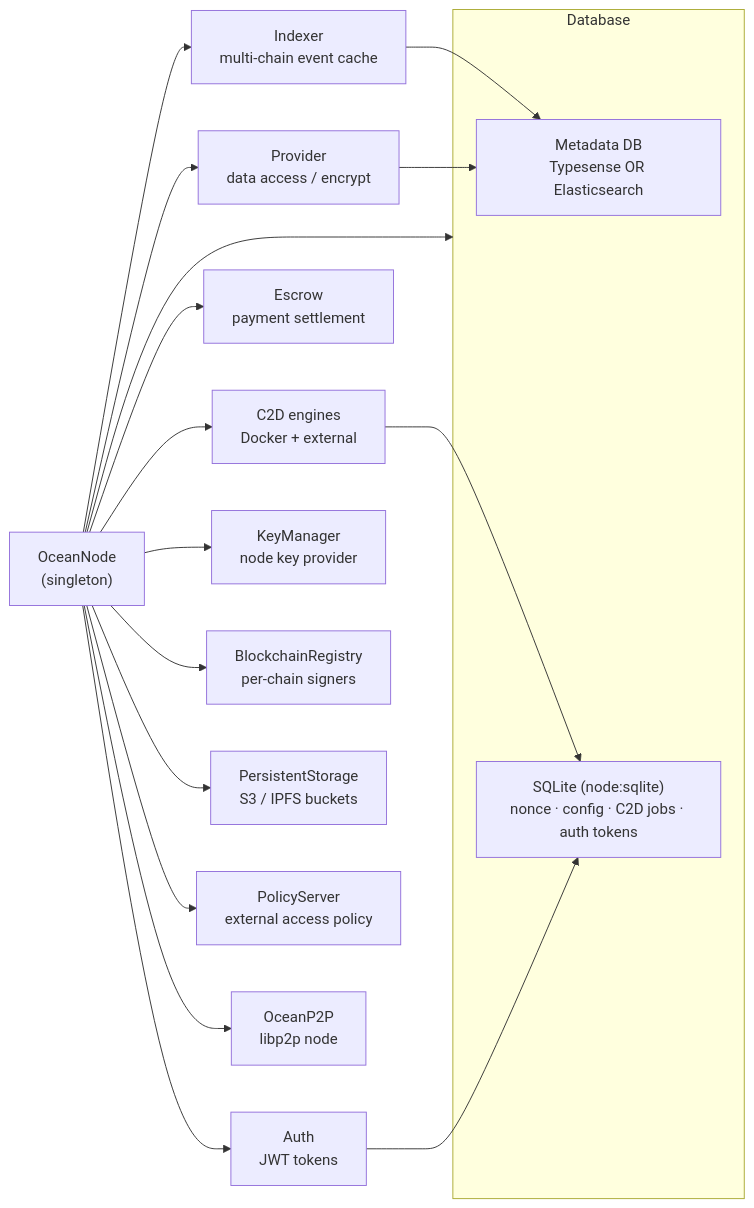
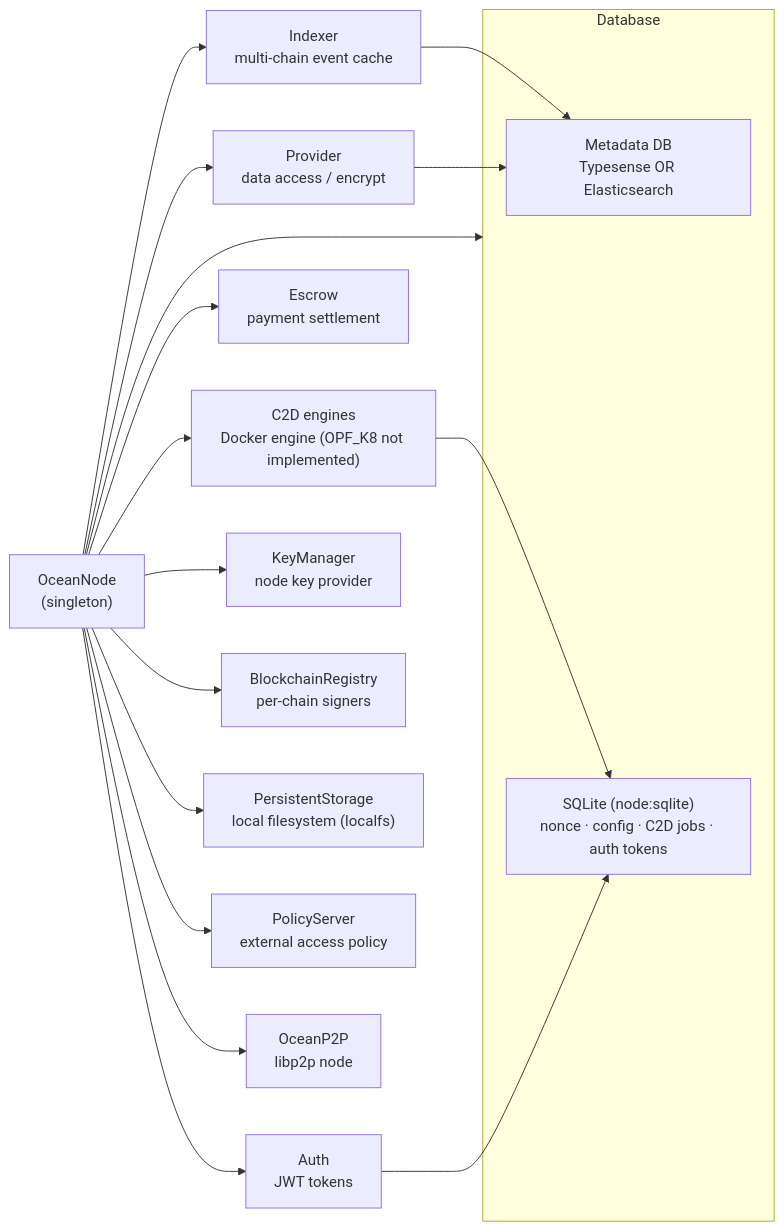
Before and after one commit to oceanprotocol/ocean-node: the third of 5 diagrams in docs/Arhitecture.md, drawn with Mermaid. The commit also changed other lines of this file and 1 other file, not shown here.

````diff
--- a/docs/Arhitecture.md
+++ b/docs/Arhitecture.md
@@ -157,25 +156,25 @@
 ```mermaid
 flowchart LR
     ON["OceanNode<br/>(singleton)"]
 
     ON --> IDX["Indexer<br/>multi-chain event cache"]
     ON --> PROV["Provider<br/>data access / encrypt"]
-    ON --> C2D["C2D engines<br/>Docker + external"]
+    ON --> C2D["C2D engines<br/>Docker engine (OPF_K8 not implemented)"]
     ON --> ESC["Escrow<br/>payment settlement"]
     ON --> AUTH["Auth<br/>JWT tokens"]
     ON --> KM["KeyManager<br/>node key provider"]
     ON --> BR["BlockchainRegistry<br/>per-chain signers"]
-    ON --> PS["PersistentStorage<br/>S3 / IPFS buckets"]
+    ON --> PS["PersistentStorage<br/>local filesystem (localfs)"]
     ON --> POL["PolicyServer<br/>external access policy"]
     ON --> P2P["OceanP2P<br/>libp2p node"]
 
     subgraph DBLAYER["Database"]
         META["Metadata DB<br/>Typesense OR Elasticsearch"]
         SQL["SQLite (node:sqlite)<br/>nonce · config · C2D jobs · auth tokens"]
     end
     ON --> DBLAYER
     IDX --> META
     PROV --> META
     C2D --> SQL
     AUTH --> SQL
 ```
````
